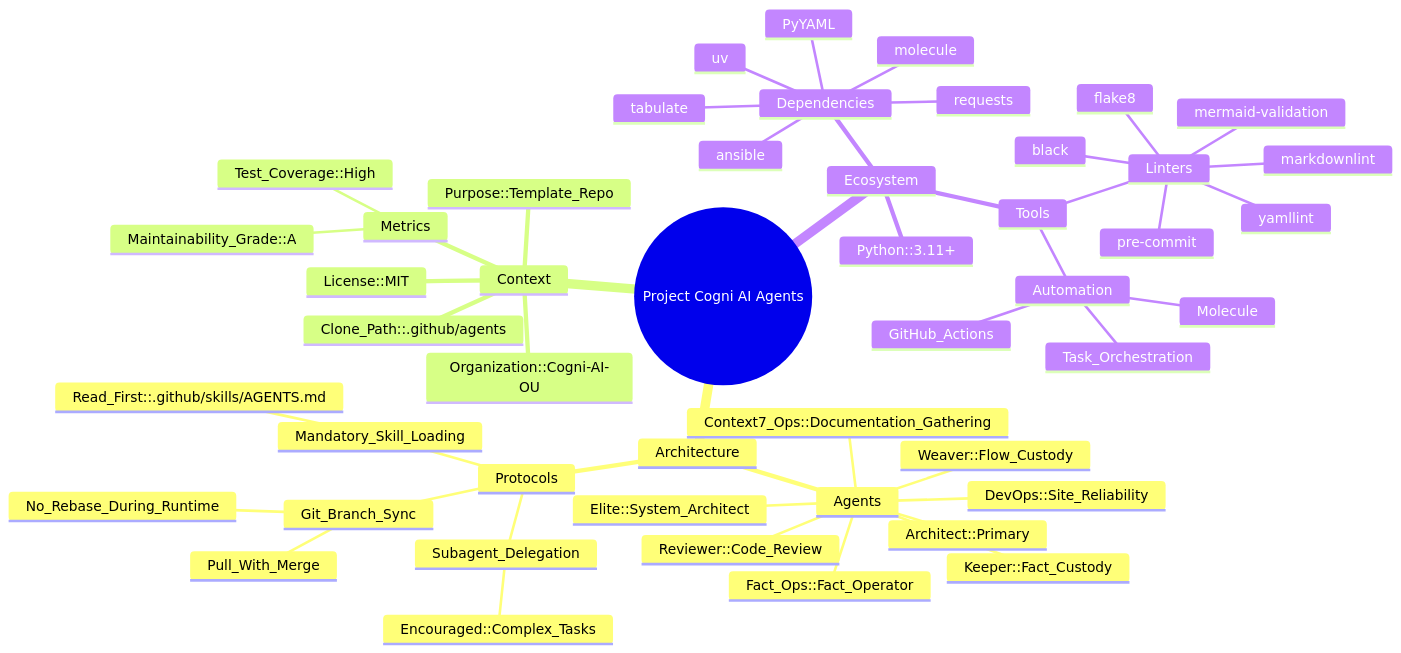
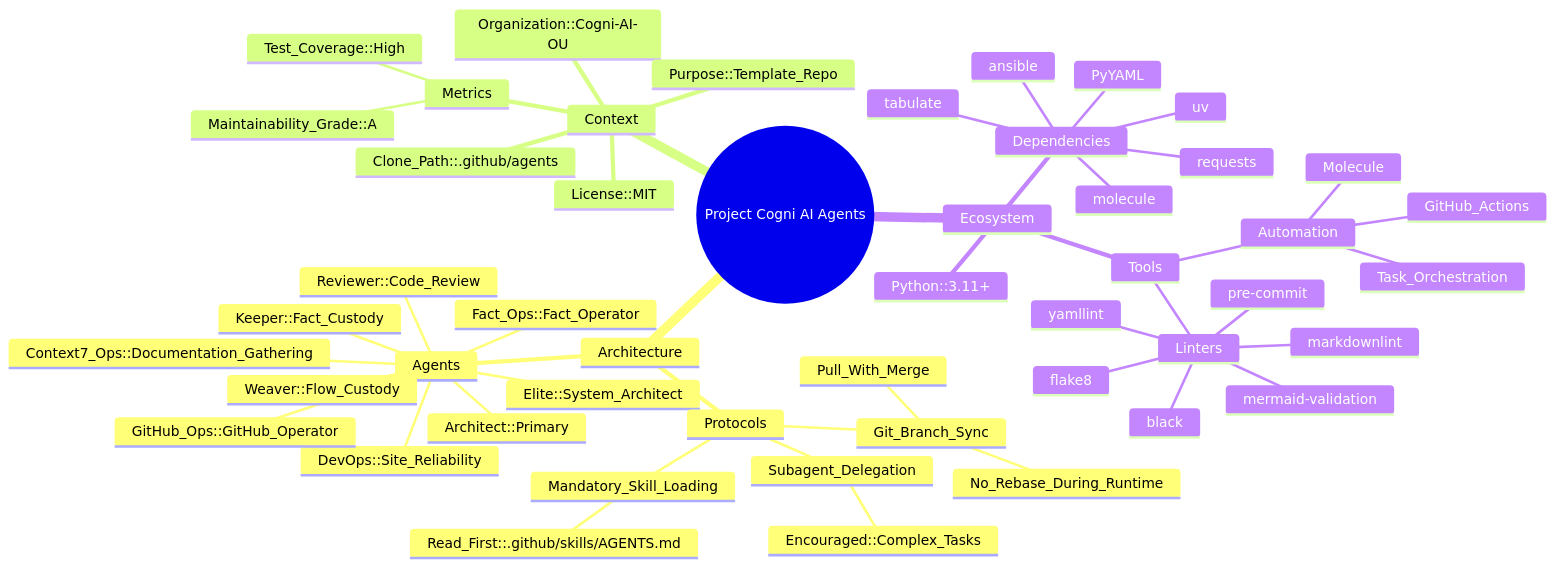
Before and after one commit to Cogni-AI-OU/cogni-ai-agents: the diagram in FACTS.mmd, drawn with Mermaid. The commit also changed 3 other files, not shown here.

```diff
--- a/FACTS.mmd
+++ b/FACTS.mmd
@@ -1,52 +1,53 @@
 %% Project's facts
 %% Note: Keep items in alphabetical order.
 mindmap
   root((Project Cogni AI Agents))
     Architecture
       Agents
         Architect::Primary
         Context7_Ops::Documentation_Gathering
         DevOps::Site_Reliability
         Elite::System_Architect
         Fact_Ops::Fact_Operator
+        GitHub_Ops::GitHub_Operator
         Keeper::Fact_Custody
         Reviewer::Code_Review
         Weaver::Flow_Custody
       Protocols
         Git_Branch_Sync
           No_Rebase_During_Runtime
           Pull_With_Merge
         Mandatory_Skill_Loading
           Read_First::.github/skills/AGENTS.md
         Subagent_Delegation
           Encouraged::Complex_Tasks
 
     Context
       Clone_Path::.github/agents
       License::MIT
       Metrics
         Maintainability_Grade::A
         Test_Coverage::High
       Organization::Cogni-AI-OU
       Purpose::Template_Repo
     Ecosystem
       Dependencies
         PyYAML
         ansible
         molecule
         requests
         tabulate
         uv
       Python::3.11+
       Tools
         Automation
           GitHub_Actions
           Molecule
           Task_Orchestration
         Linters
           black
           flake8
           markdownlint
           mermaid-validation
           pre-commit
           yamllint
```
